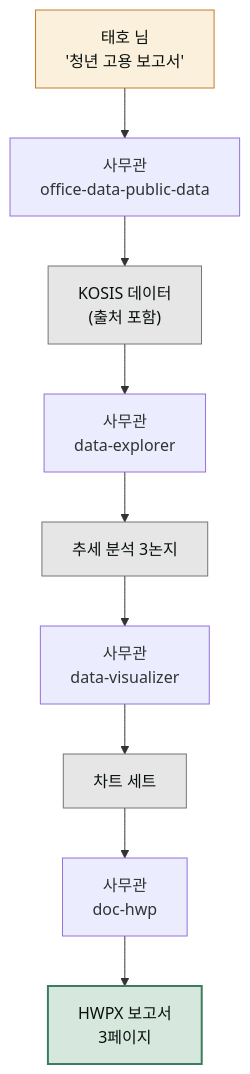
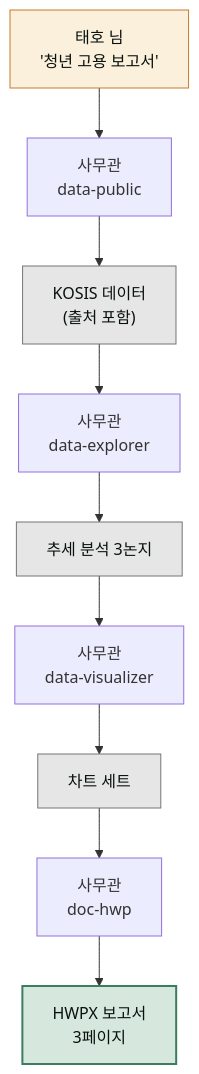
The diagram in www/content/cookbook/projects/public-data-report.md (modu-ai/cowork-plugins), drawn with Mermaid before and after one commit. The commit also changed other lines of this file and 67 other files, not shown here.

````diff
--- a/www/content/cookbook/projects/public-data-report.md
+++ b/www/content/cookbook/projects/public-data-report.md
@@ -53,17 +53,17 @@
 ```mermaid
 flowchart TD
-   U["태호 님<br/>'청년 고용 보고서'"] --> O1["사무관<br/>office-data-public-data"]
+   U["태호 님<br/>'청년 고용 보고서'"] --> O1["사무관<br/>data-public"]
    O1 --> R1["KOSIS 데이터<br/>(출처 포함)"]
    R1 --> O2["사무관<br/>data-explorer"]
    O2 --> R2["추세 분석 3논지"]
    R2 --> O3["사무관<br/>data-visualizer"]
    O3 --> R3["차트 세트"]
    R3 --> O4["사무관<br/>doc-hwp"]
    O4 --> OUT["HWPX 보고서<br/>3페이지"]
 
    style U fill:#fbf0dc,stroke:#c47b2a,color:#09110f
    style R1 fill:#e6e6e6,stroke:#757575,color:#09110f
    style R2 fill:#e6e6e6,stroke:#757575,color:#09110f
    style R3 fill:#e6e6e6,stroke:#757575,color:#09110f
    style OUT fill:#d6e7de,stroke:#3d7d5f,stroke-width:2px,color:#09110f
 ```
````
